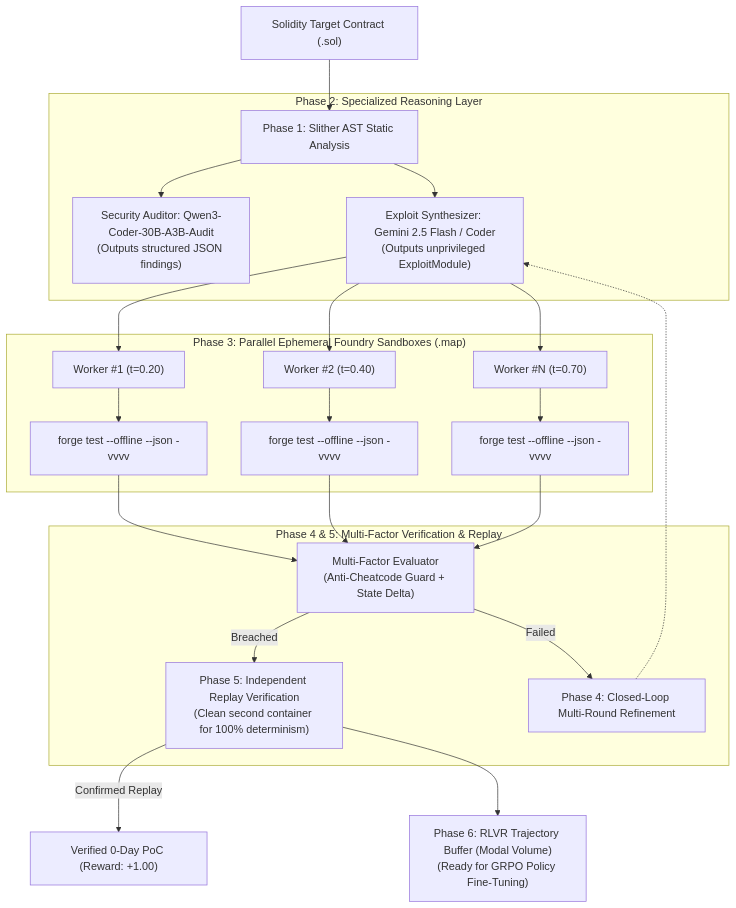
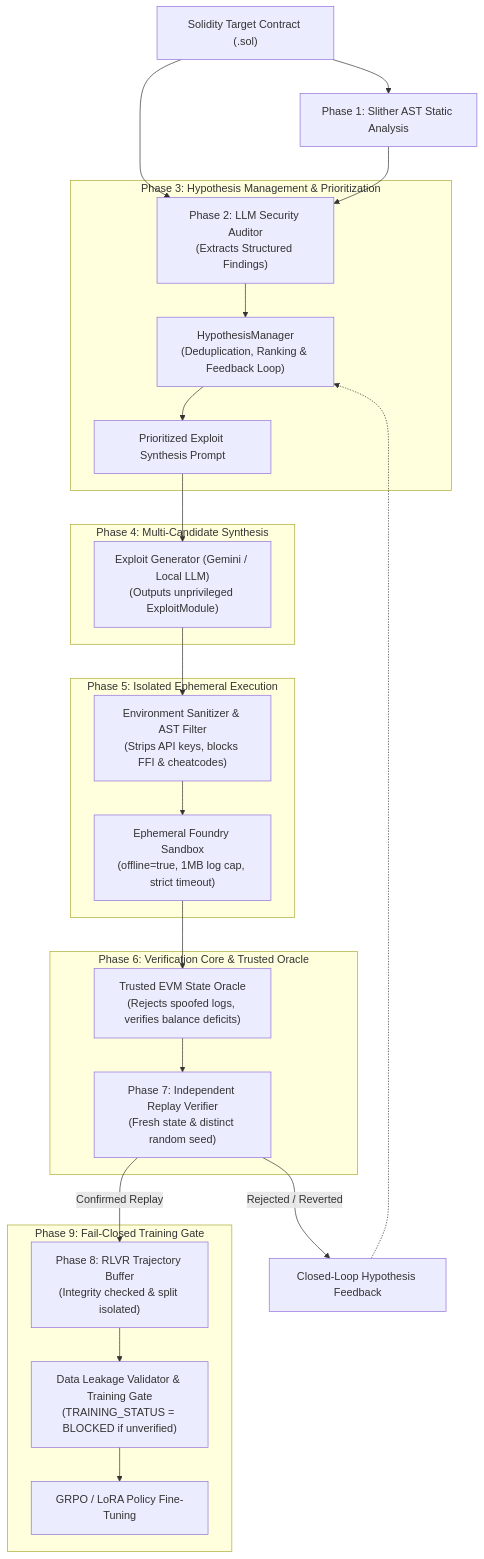
Before and after one commit to NeuBeginner/Agentic-security-RLVR: the diagram in README.md, drawn with Mermaid. The commit also changed other lines of this file and 1 other file, not shown here.

Commit message:
ci: stage 5 github actions workflow and full test suite integration

````diff
--- a/README.md
+++ b/README.md
@@ -17,32 +17,34 @@
 ```mermaid
 flowchart TD
-    TargetContract["Solidity Target Contract (.sol)"] --> Slither["Phase 1: Slither AST Static Analysis"]
-    
-    subgraph MultiAgentReasoning["Phase 2: Specialized Reasoning Layer"]
-        Slither --> Auditor["Security Auditor: Qwen3-Coder-30B-A3B-Audit<br/>(Outputs structured JSON findings)"]
-        Slither --> Generator["Exploit Synthesizer: Gemini 2.5 Flash / Coder<br/>(Outputs unprivileged ExploitModule)"]
+    Target["Solidity Target Contract (.sol)"] --> Slither["Phase 1: Slither AST Static Analysis"]
+    Target --> Auditor["Phase 2: LLM Security Auditor<br/>(Extracts Structured Findings)"]
+    Slither --> Auditor
+
+    subgraph HypothesisLayer["Phase 3: Hypothesis Management & Prioritization"]
+        Auditor --> HypoMgr["HypothesisManager<br/>(Deduplication, Ranking & Feedback Loop)"]
+        HypoMgr --> PromptBuilder["Prioritized Exploit Synthesis Prompt"]
     end
-    
-    subgraph ModalExecution["Phase 3: Parallel Ephemeral Foundry Sandboxes (.map)"]
-        Generator --> Box1["Worker #1 (t=0.20)"]
-        Generator --> Box2["Worker #2 (t=0.40)"]
-        Generator --> BoxN["Worker #N (t=0.70)"]
-        
-        Box1 --> Forge1["forge test --offline --json -vvvv"]
-        Box2 --> Forge2["forge test --offline --json -vvvv"]
-        BoxN --> ForgeN["forge test --offline --json -vvvv"]
+
+    subgraph GenerationLayer["Phase 4: Multi-Candidate Synthesis"]
+        PromptBuilder --> Generator["Exploit Generator (Gemini / Local LLM)<br/>(Outputs unprivileged ExploitModule)"]
     end
-    
-    subgraph VerificationConsensus["Phase 4 & 5: Multi-Factor Verification & Replay"]
-        Forge1 --> Evaluator["Multi-Factor Evaluator<br/>(Anti-Cheatcode Guard + State Delta)"]
-        Forge2 --> Evaluator
-        ForgeN --> Evaluator
-        
-        Evaluator -->|Breached| Replay["Phase 5: Independent Replay Verification<br/>(Clean second container for 100% determinism)"]
-        Evaluator -->|Failed| Refine["Phase 4: Closed-Loop Multi-Round Refinement"]
-        Refine -.-> Generator
+
+    subgraph SandboxLayer["Phase 5: Isolated Ephemeral Execution"]
+        Generator --> Sanitizer["Environment Sanitizer & AST Filter<br/>(Strips API keys, blocks FFI & cheatcodes)"]
+        Sanitizer --> Sandbox["Ephemeral Foundry Sandbox<br/>(offline=true, 1MB log cap, strict timeout)"]
     end
-    
-    Replay -->|Confirmed Replay| PoC["Verified 0-Day PoC (Reward: +1.00)"]
-    Replay --> Trajectory["Phase 6: RLVR Trajectory Buffer (Modal Volume)<br/>(Ready for GRPO Policy Fine-Tuning)"]
+
+    subgraph VerificationCore["Phase 6: Verification Core & Trusted Oracle"]
+        Sandbox --> Oracle["Trusted EVM State Oracle<br/>(Rejects spoofed logs, verifies balance deficits)"]
+        Oracle --> Replay["Phase 7: Independent Replay Verifier<br/>(Fresh state & distinct random seed)"]
+    end
+
+    Replay -->|Confirmed Replay| Buffer["Phase 8: RLVR Trajectory Buffer<br/>(Integrity checked & split isolated)"]
+    Replay -->|Rejected / Reverted| Feedback["Closed-Loop Hypothesis Feedback"]
+    Feedback -.-> HypoMgr
+
+    subgraph TrainingGate["Phase 9: Fail-Closed Training Gate"]
+        Buffer --> Gate["Data Leakage Validator & Training Gate<br/>(TRAINING_STATUS = BLOCKED if unverified)"]
+        Gate --> GRPO["GRPO / LoRA Policy Fine-Tuning"]
+    end
 ```
````
